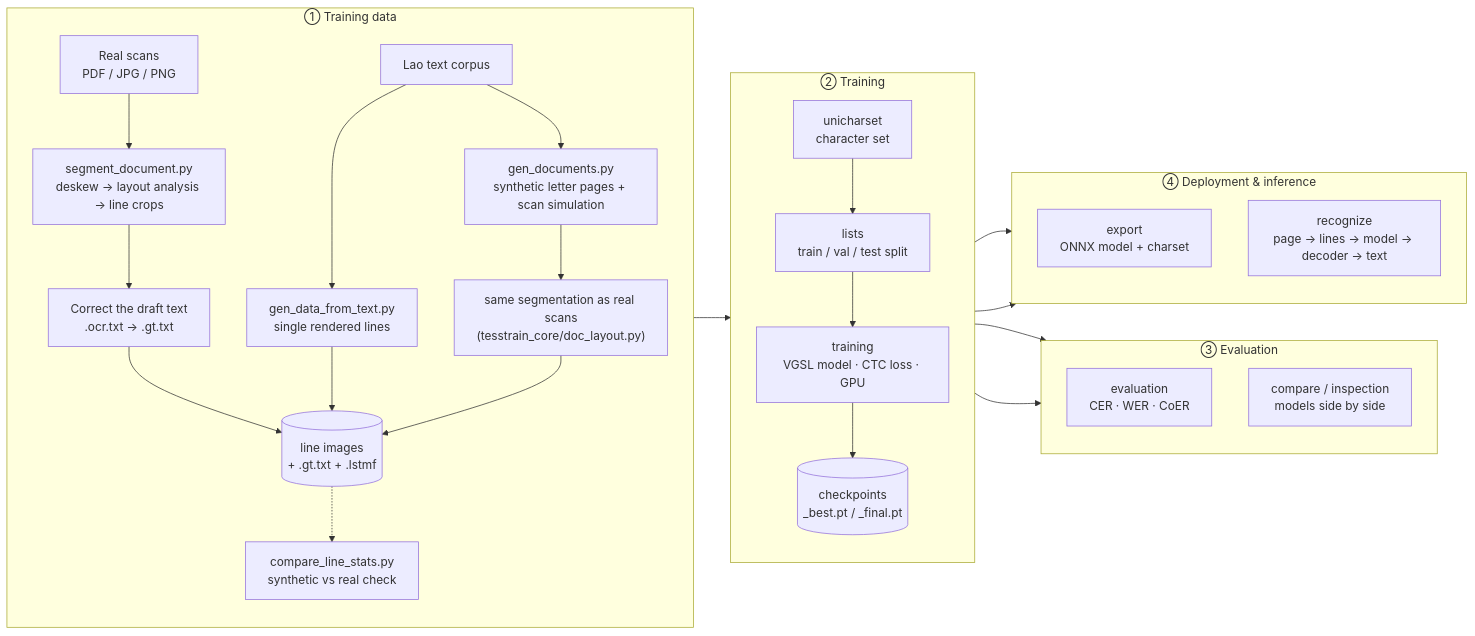
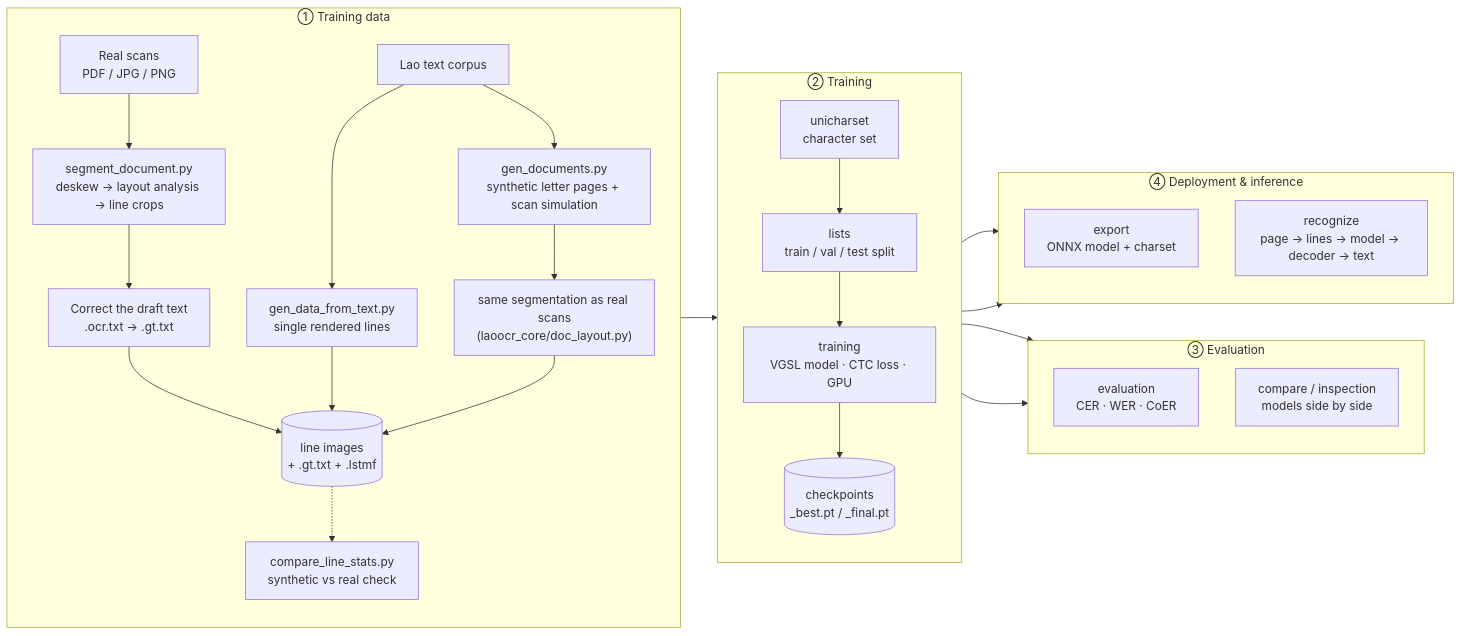
Before and after one commit to Monaliza14xx/Lao_OCR_Toolkit: the diagram in README.md, drawn with Mermaid. The commit also changed other lines of this file and 45 other files, not shown here.

First line of the commit message:
Rename tesstrain_core to laoocr_core; drop Tesseract naming from the toolkit

````diff
--- a/README.md
+++ b/README.md
@@ -894,40 +892,40 @@
 ```mermaid
 flowchart LR
     subgraph S1["① Training data"]
         direction TB
         R["Real scans<br/>PDF / JPG / PNG"] --> SEG["segment_document.py<br/>deskew → layout analysis → line crops"]
         SEG --> FIX["Correct the draft text<br/>.ocr.txt → .gt.txt"]
         C["Lao text corpus"] --> GL["gen_data_from_text.py<br/>single rendered lines"]
         C --> GD["gen_documents.py<br/>synthetic letter pages + scan simulation"]
-        GD --> SEG2["same segmentation as real scans<br/>(tesstrain_core/doc_layout.py)"]
+        GD --> SEG2["same segmentation as real scans<br/>(laoocr_core/doc_layout.py)"]
         FIX --> GT[("line images<br/>+ .gt.txt + .lstmf")]
         GL --> GT
         SEG2 --> GT
         GT -.-> CMP["compare_line_stats.py<br/>synthetic vs real check"]
     end
 
     subgraph S2["② Training"]
         direction TB
         U["unicharset<br/>character set"] --> L["lists<br/>train / val / test split"]
         L --> TR["training<br/>VGSL model · CTC loss · GPU"]
         TR --> CK[("checkpoints<br/>_best.pt / _final.pt")]
     end
 
     subgraph S3["③ Evaluation"]
         direction TB
         EV["evaluation<br/>CER · WER · CoER"]
         CO["compare / inspection<br/>models side by side"]
     end
 
     subgraph S4["④ Deployment & inference"]
         direction TB
         EX["export<br/>ONNX model + charset"]
         RE["recognize<br/>page → lines → model → decoder → text"]
     end
 
     GT --> U
     CK --> EV
     CK --> CO
     CK --> EX
     CK --> RE
 ```
````
